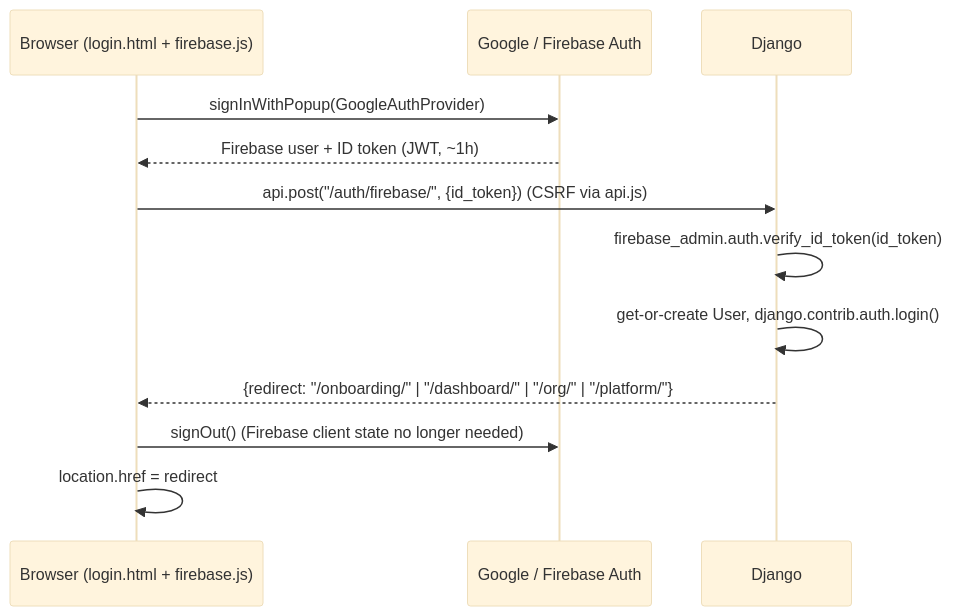
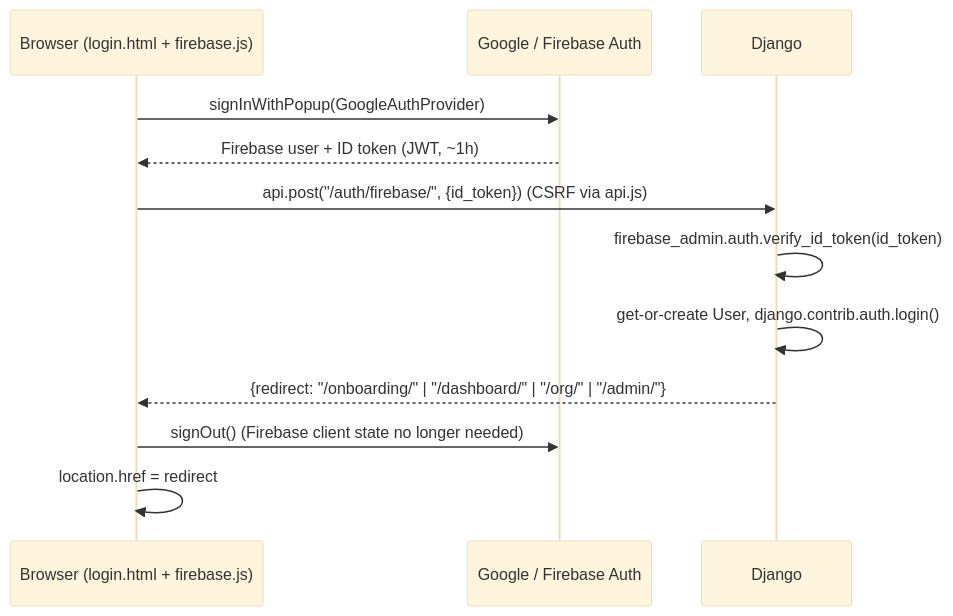
The diagram in docs/playbook/07-authentication-firebase.md (hackdavid/ielts_portal), drawn with Mermaid (base theme) before and after one commit. The commit also changed other lines of this file, not shown here.

Commit message:
Docs: drop platform/institute_admin references

````diff
--- a/docs/playbook/07-authentication-firebase.md
+++ b/docs/playbook/07-authentication-firebase.md
@@ -21,14 +21,14 @@
 ```mermaid
 sequenceDiagram
   participant B as Browser (login.html + firebase.js)
   participant G as Google / Firebase Auth
   participant D as Django
   B->>G: signInWithPopup(GoogleAuthProvider)
   G-->>B: Firebase user + ID token (JWT, ~1h)
   B->>D: api.post("/auth/firebase/", {id_token})  (CSRF via api.js)
   D->>D: firebase_admin.auth.verify_id_token(id_token)
   D->>D: get-or-create User, django.contrib.auth.login()
-  D-->>B: {redirect: "/onboarding/" | "/dashboard/" | "/org/" | "/platform/"}
+  D-->>B: {redirect: "/onboarding/" | "/dashboard/" | "/org/" | "/admin/"}
   B->>G: signOut()  (Firebase client state no longer needed)
   B->>B: location.href = redirect
 ```
````
